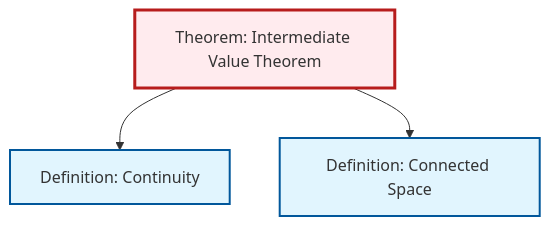
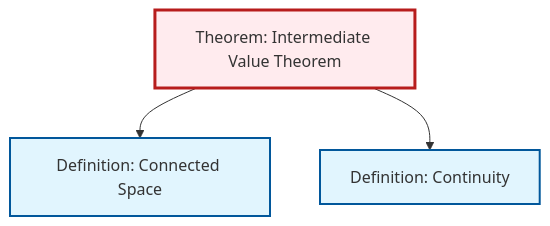
Before and after one commit to RK0429/ModernMath: the diagram in content/en/topology/thm-intermediate-value.qmd, drawn with Mermaid. The commit also changed other lines of this file and 203 other files, not shown here.

````diff
--- a/content/en/topology/thm-intermediate-value.qmd
+++ b/content/en/topology/thm-intermediate-value.qmd
@@ -50,18 +50,15 @@
 ```{mermaid}
 %%| fig-cap: "Local dependency graph"
 graph TD
     classDef definition fill:#e1f5fe,stroke:#01579b,stroke-width:2px
     classDef theorem fill:#f3e5f5,stroke:#4a148c,stroke-width:2px
     classDef axiom fill:#fff3e0,stroke:#e65100,stroke-width:2px
     classDef example fill:#e8f5e9,stroke:#1b5e20,stroke-width:2px
     classDef current fill:#ffebee,stroke:#b71c1c,stroke-width:3px
     def-connected["Definition: Connected Space"]:::definition
     def-continuity["Definition: Continuity"]:::definition
     thm-intermediate-value["Theorem: Intermediate Value Theorem"]:::theorem
+    thm-intermediate-value --> def-connected
     thm-intermediate-value --> def-continuity
-    thm-intermediate-value --> def-connected
     class thm-intermediate-value current
-
-    click def-connected "def-connected.html" "Go to Connected Space definition"
-    click def-continuity "def-continuity.html" "Go to Continuity definition"
 ```
````
